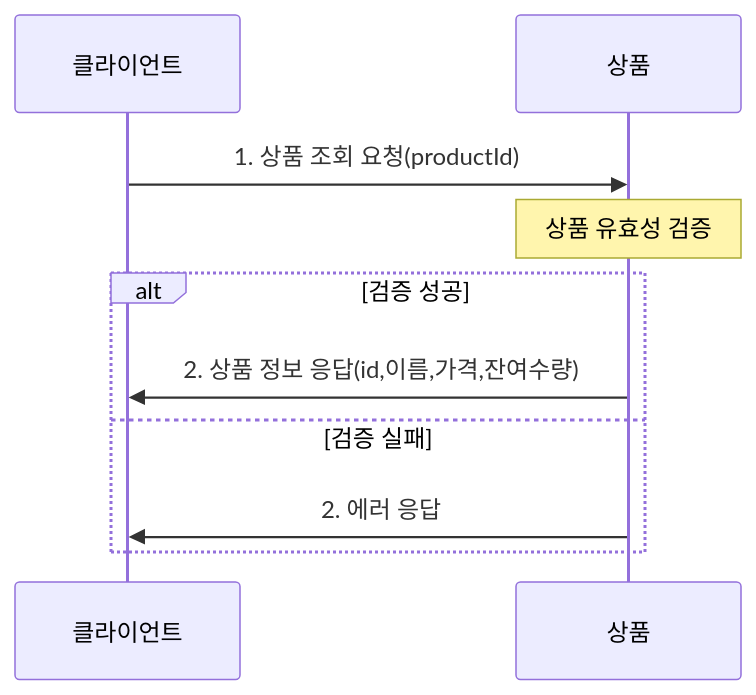
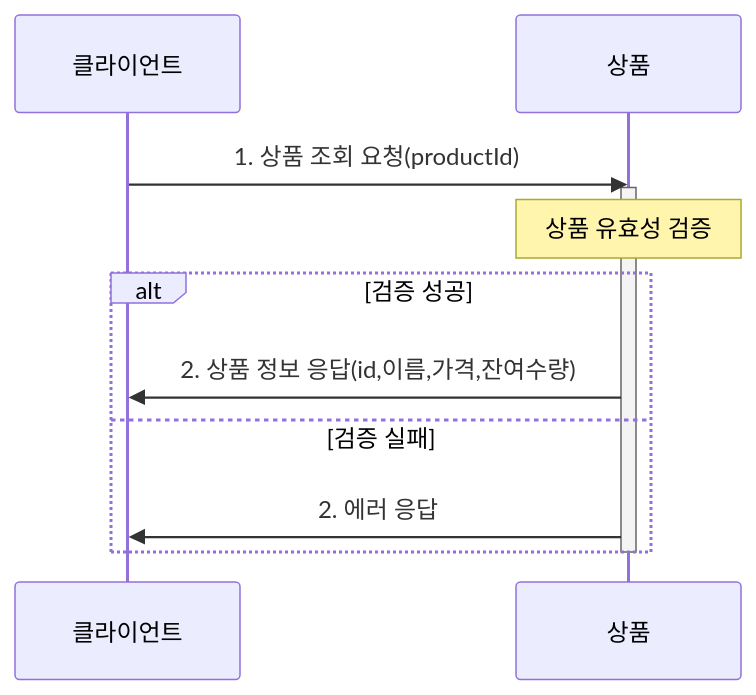
The third of 9 diagrams in README.md (ynyejn/e-commerce), drawn with Mermaid before and after one commit. The commit also changed other lines of this file and 9 other files, not shown here.

````diff
--- a/README.md
+++ b/README.md
@@ -52,14 +56,16 @@
 ```mermaid
 sequenceDiagram
     participant Client as 클라이언트
     participant ProductSystem as 상품
-    
+
     Client->>ProductSystem: 1. 상품 조회 요청(productId)
+    activate ProductSystem
     Note over ProductSystem: 상품 유효성 검증
-    
+
     alt 검증 성공
         ProductSystem->>Client: 2. 상품 정보 응답(id,이름,가격,잔여수량)
     else 검증 실패
         ProductSystem->>Client: 2. 에러 응답
     end
+    deactivate ProductSystem
 ```
````
